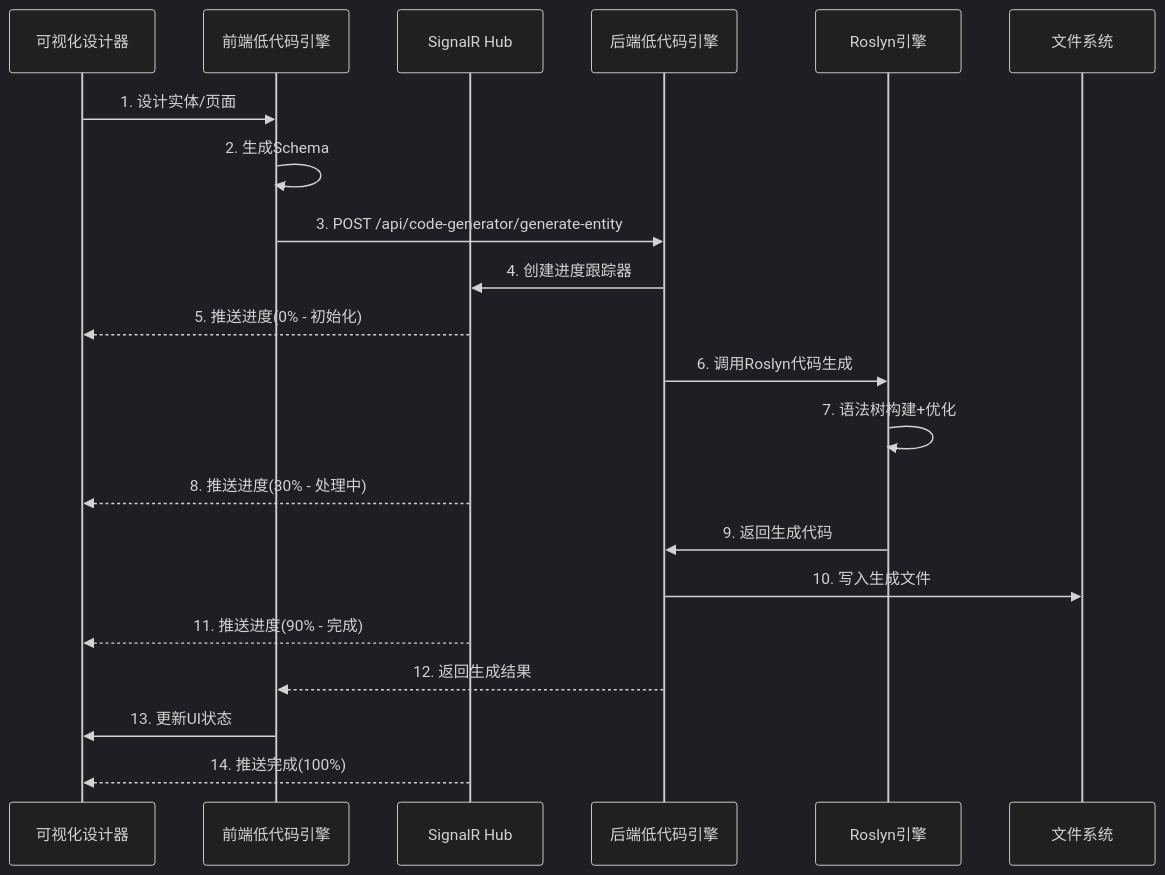
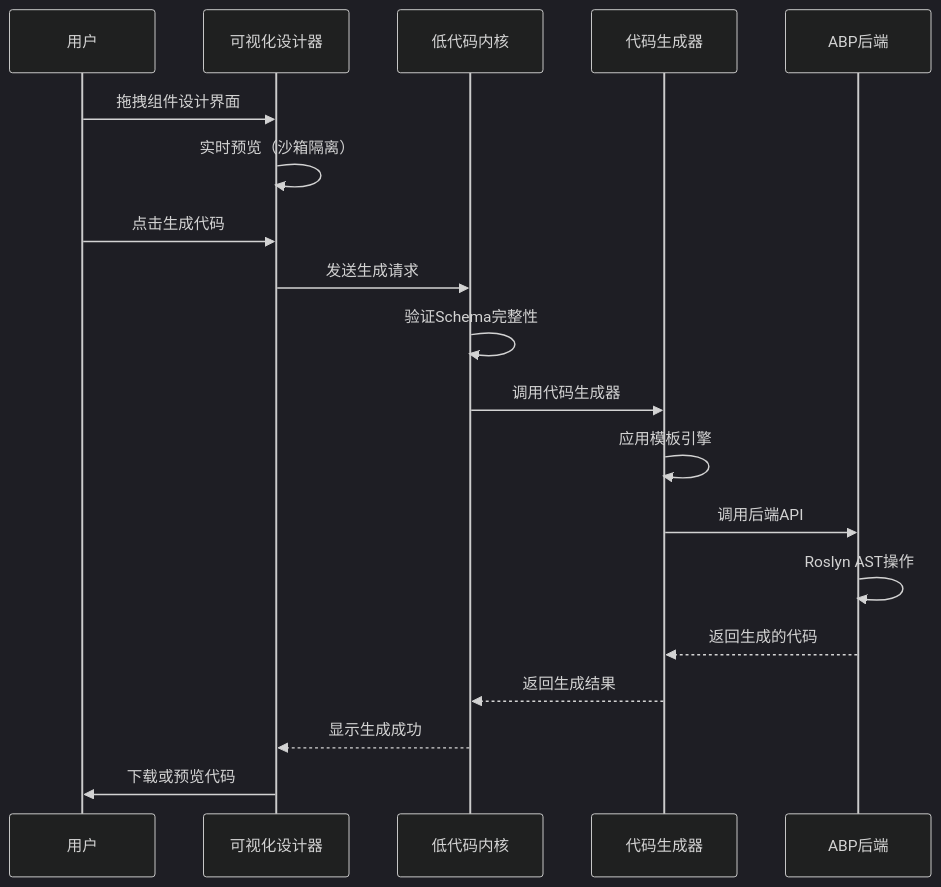
The second of 3 diagrams in doc/architecture/系统架构说明书.md (DULASlee/hxlot), drawn with Mermaid (dark theme) before and after one commit. The commit also changed other lines of this file and 66 other files, not shown here.

````diff
--- a/doc/architecture/系统架构说明书.md
+++ b/doc/architecture/系统架构说明书.md
@@ -282,28 +229,22 @@
 ```mermaid
 sequenceDiagram
-  participant Designer as 可视化设计器
-  participant FrontEngine as 前端低代码引擎
-  participant SignalR as SignalR Hub
-  participant BackEngine as 后端低代码引擎
-  participant Roslyn as Roslyn引擎
-  participant FileSystem as 文件系统
-
-  Designer->>FrontEngine: 1. 设计实体/页面
-  FrontEngine->>FrontEngine: 2. 生成Schema
-  FrontEngine->>BackEngine: 3. POST /api/code-generator/generate-entity
-  
-  BackEngine->>SignalR: 4. 创建进度跟踪器
-  SignalR-->>Designer: 5. 推送进度(0% - 初始化)
-  
-  BackEngine->>Roslyn: 6. 调用Roslyn代码生成
-  Roslyn->>Roslyn: 7. 语法树构建+优化
-  SignalR-->>Designer: 8. 推送进度(30% - 处理中)
-  
-  Roslyn->>BackEngine: 9. 返回生成代码
-  BackEngine->>FileSystem: 10. 写入生成文件
-  SignalR-->>Designer: 11. 推送进度(90% - 完成)
-  
-  BackEngine-->>FrontEngine: 12. 返回生成结果
-  FrontEngine->>Designer: 13. 更新UI状态
-  SignalR-->>Designer: 14. 推送完成(100%)
+    participant U as 用户
+    participant D as 可视化设计器
+    participant K as 低代码内核
+    participant G as 代码生成器
+    participant A as ABP后端
+    
+    U->>D: 拖拽组件设计界面
+    D->>D: 实时预览（沙箱隔离）
+    U->>D: 点击生成代码
+    D->>K: 发送生成请求
+    K->>K: 验证Schema完整性
+    K->>G: 调用代码生成器
+    G->>G: 应用模板引擎
+    G->>A: 调用后端API
+    A->>A: Roslyn AST操作
+    A-->>G: 返回生成的代码
+    G-->>K: 返回生成结果
+    K-->>D: 显示生成成功
+    D->>U: 下载或预览代码
 ```
````
